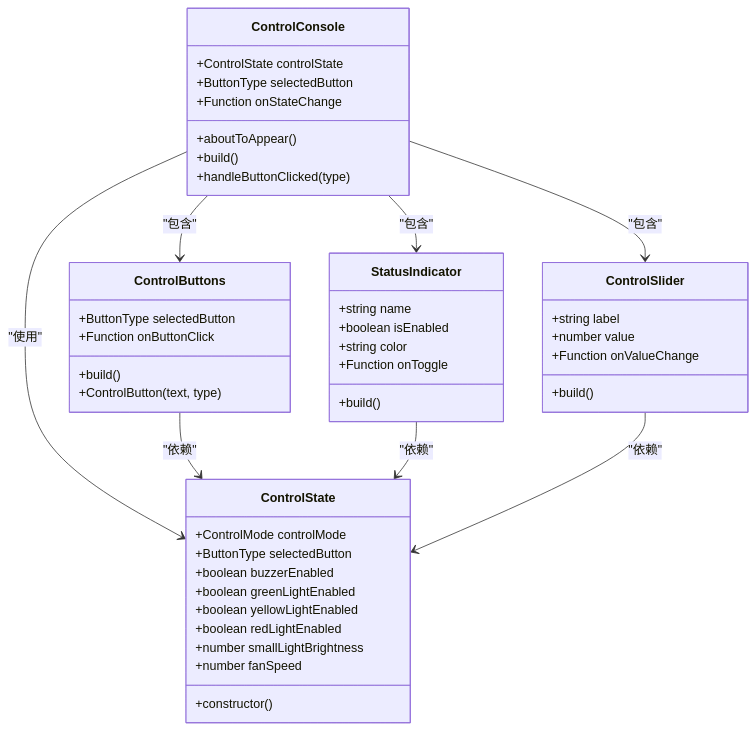
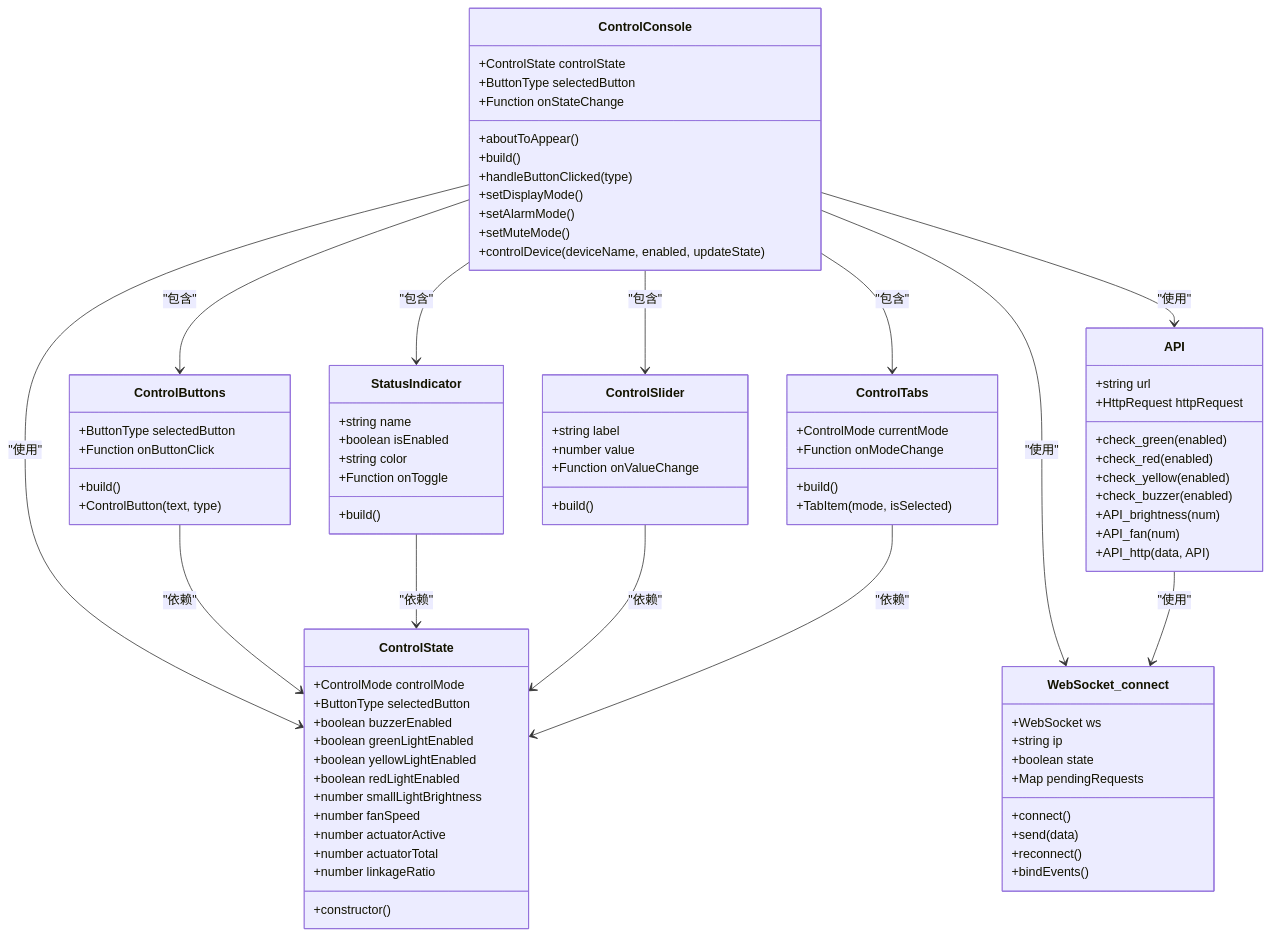
Before and after one commit to Neonrey-hub/SmartController: the second of 13 diagrams in .qoder/repowiki/zh/content/界面组件系统/控制组件/控制台主组件.md, drawn with Mermaid. The commit also changed other lines of this file and 16 other files, not shown here.

````diff
--- a/.qoder/repowiki/zh/content/界面组件系统/控制组件/控制台主组件.md
+++ b/.qoder/repowiki/zh/content/界面组件系统/控制组件/控制台主组件.md
@@ -132,6 +165,10 @@
 +aboutToAppear()
 +build()
 +handleButtonClicked(type)
++setDisplayMode()
++setAlarmMode()
++setMuteMode()
++controlDevice(deviceName, enabled, updateState)
 }
 class ControlState {
 +ControlMode controlMode
@@ -142,6 +179,9 @@
 +boolean redLightEnabled
 +number smallLightBrightness
 +number fanSpeed
++number actuatorActive
++number actuatorTotal
++number linkageRatio
 +constructor()
 }
 class ControlButtons {
@@ -163,11 +203,43 @@
 +Function onValueChange
 +build()
 }
+class ControlTabs {
++ControlMode currentMode
++Function onModeChange
++build()
++TabItem(mode, isSelected)
+}
+class API {
++string url
++HttpRequest httpRequest
++check_green(enabled)
++check_red(enabled)
++check_yellow(enabled)
++check_buzzer(enabled)
++API_brightness(num)
++API_fan(num)
++API_http(data, API)
+}
+class WebSocket_connect {
++WebSocket ws
++string ip
++boolean state
++Map pendingRequests
++connect()
++send(data)
++reconnect()
++bindEvents()
+}
 ControlConsole --> ControlState : "使用"
 ControlConsole --> ControlButtons : "包含"
 ControlConsole --> StatusIndicator : "包含"
 ControlConsole --> ControlSlider : "包含"
+ControlConsole --> ControlTabs : "包含"
+ControlConsole --> API : "使用"
+ControlConsole --> WebSocket_connect : "使用"
 ControlButtons --> ControlState : "依赖"
 StatusIndicator --> ControlState : "依赖"
 ControlSlider --> ControlState : "依赖"
+ControlTabs --> ControlState : "依赖"
+API --> WebSocket_connect : "使用"
 ```
````
